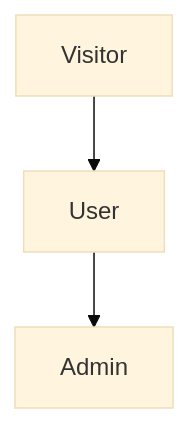
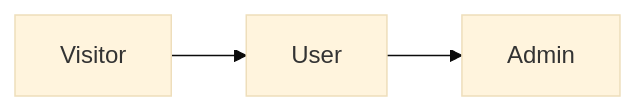
Before and after one commit to Sieluna/ShaderLab-Draft: the second of 6 diagrams in docs/ShaderLabAPI.md, drawn with Mermaid (base theme). The commit also changed other lines of this file and 25 other files, not shown here.

````diff
--- a/docs/ShaderLabAPI.md
+++ b/docs/ShaderLabAPI.md
@@ -54,4 +48,4 @@
 ```mermaid
-graph TD;
+graph LR;
     Visitor --> User --> Admin
 ```
````
